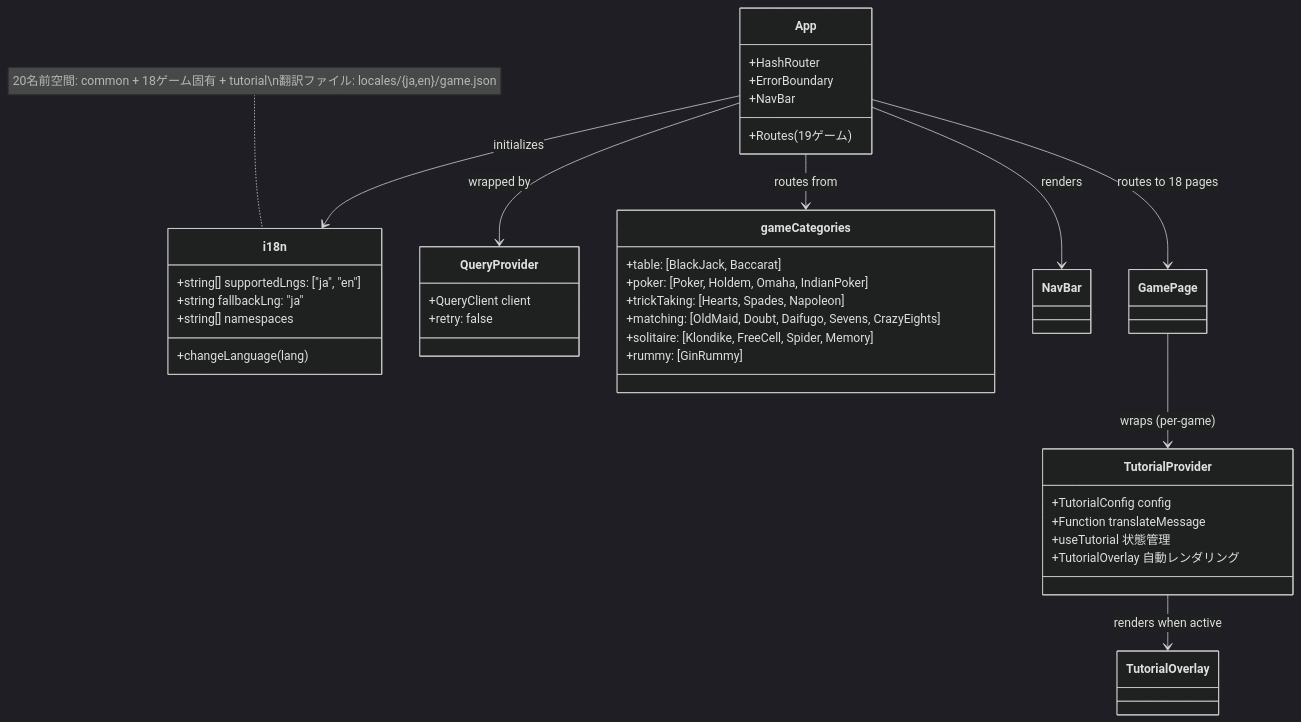
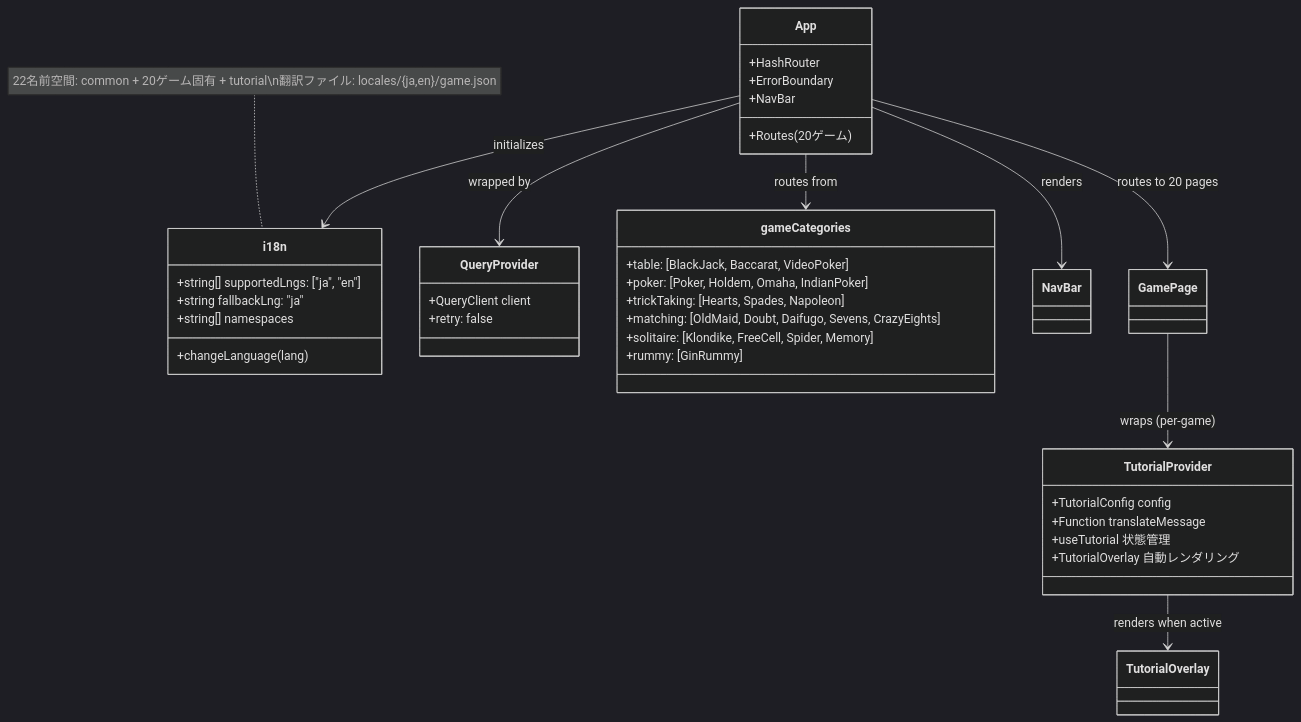
The eighth of 18 diagrams in docs/design/frontend.md (yuta-yoshinaga/go_trumpcards), drawn with Mermaid (dark theme) before and after one commit. The commit also changed other lines of this file and 50 other files, not shown here.

First line of the commit message:
feat: add Video Poker (Jacks or Better) game

````diff
--- a/docs/design/frontend.md
+++ b/docs/design/frontend.md
@@ -643,47 +660,47 @@
 ```mermaid
 classDiagram
     class i18n {
         +string[] supportedLngs: ["ja", "en"]
         +string fallbackLng: "ja"
         +string[] namespaces
         +changeLanguage(lang)
     }
 
     class QueryProvider {
         +QueryClient client
         +retry: false
     }
 
     class App {
         +HashRouter
         +ErrorBoundary
         +NavBar
-        +Routes (19ゲーム)
+        +Routes (20ゲーム)
     }
 
     class gameCategories {
-        +table: [BlackJack, Baccarat]
+        +table: [BlackJack, Baccarat, VideoPoker]
         +poker: [Poker, Holdem, Omaha, IndianPoker]
         +trickTaking: [Hearts, Spades, Napoleon]
         +matching: [OldMaid, Doubt, Daifugo, Sevens, CrazyEights]
         +solitaire: [Klondike, FreeCell, Spider, Memory]
         +rummy: [GinRummy]
     }
 
     class TutorialProvider {
         +TutorialConfig config
         +Function translateMessage
         +useTutorial 状態管理
         +TutorialOverlay 自動レンダリング
     }
 
     App --> QueryProvider : wrapped by
     App --> i18n : initializes
     App --> gameCategories : routes from
     App --> NavBar : renders
-    App --> GamePage : routes to 18 pages
+    App --> GamePage : routes to 20 pages
     GamePage --> TutorialProvider : wraps (per-game)
     TutorialProvider --> TutorialOverlay : renders when active
 
-    note for i18n "20名前空間: common + 18ゲーム固有 + tutorial\n翻訳ファイル: locales/{ja,en}/game.json"
+    note for i18n "22名前空間: common + 20ゲーム固有 + tutorial\n翻訳ファイル: locales/{ja,en}/game.json"
 ```
````
